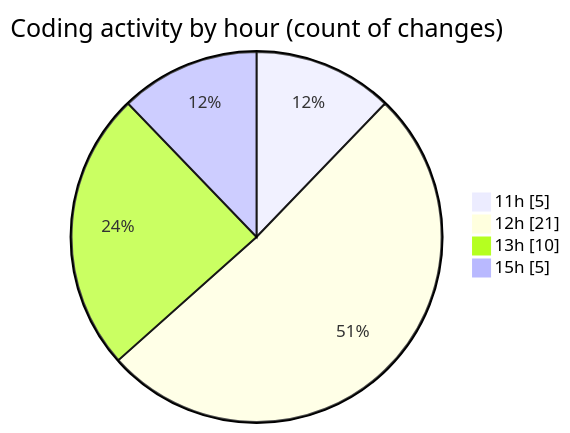
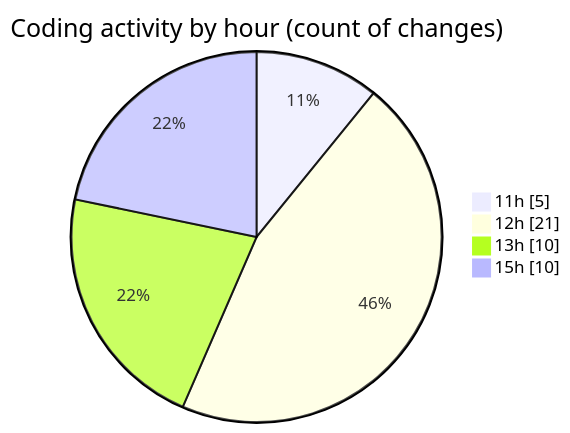
The second of 2 diagrams in 2025-03-11/projet_stage/README.md (Elitesun/code-tracking), drawn with Mermaid before and after one commit. The commit also changed other lines of this file and 1 other file, not shown here.

````diff
--- a/2025-03-11/projet_stage/README.md
+++ b/2025-03-11/projet_stage/README.md
@@ -39,8 +39,8 @@
 ```mermaid
 pie showData
 title Coding activity by hour (count of changes)
 "11h" : 5
 "12h" : 21
 "13h" : 10
-"15h" : 5
+"15h" : 10
 ```
````
